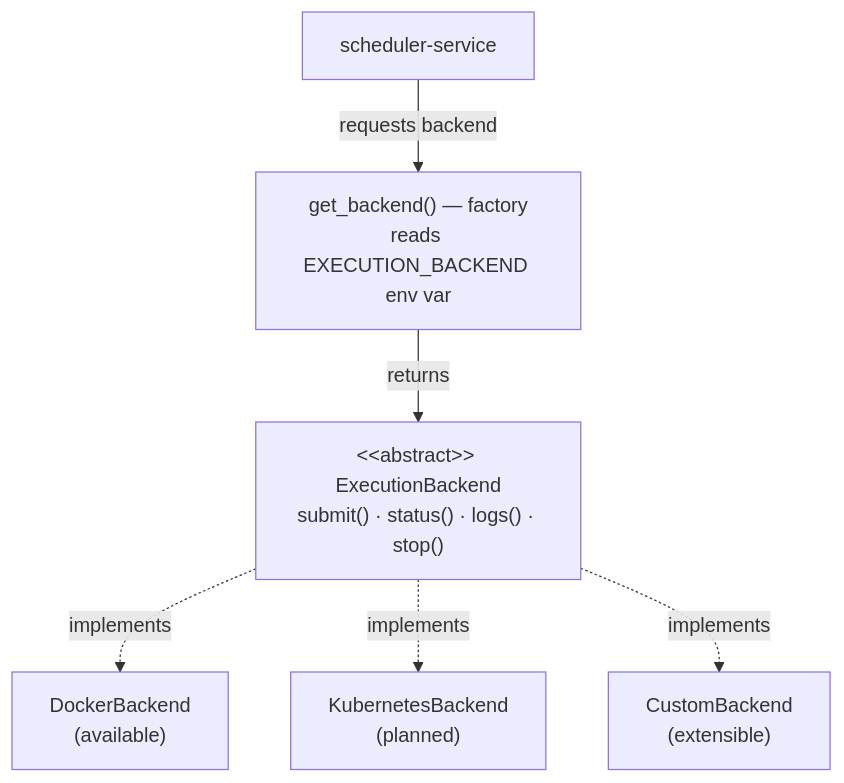
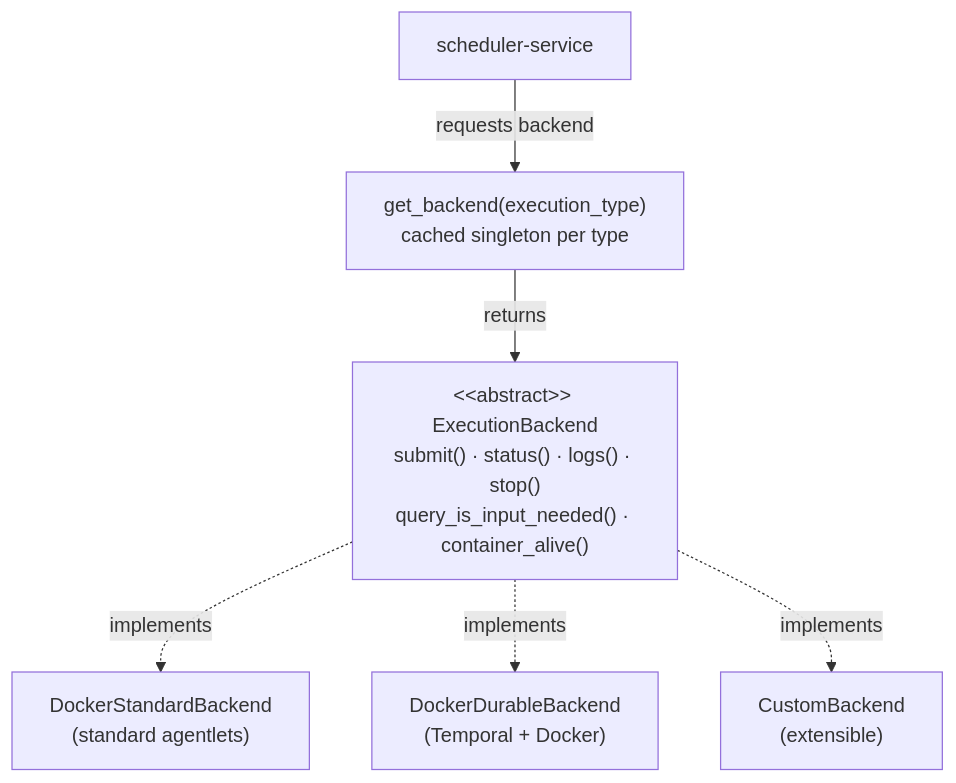
Before and after one commit to Synteles/synteles: the second of 2 diagrams in docs/architecture.md, drawn with Mermaid. The commit also changed other lines of this file and 90 other files, not shown here.

First line of the commit message:
feat: durable execution via Temporal — AgentWorkflow, HITL signal bridge, DB refactor (#43)

````diff
--- a/docs/architecture.md
+++ b/docs/architecture.md
@@ -102,16 +110,16 @@
 ```mermaid
 flowchart TB
     Scheduler["scheduler-service"]
-    Factory["get_backend() — factory\nreads EXECUTION_BACKEND env var"]
-    ABC["&lt;&lt;abstract&gt;&gt; ExecutionBackend\nsubmit() · status() · logs() · stop()"]
+    Factory["get_backend(execution_type)\ncached singleton per type"]
+    ABC["&lt;&lt;abstract&gt;&gt; ExecutionBackend\nsubmit() · status() · logs() · stop()\nquery_is_input_needed() · container_alive()"]
 
-    Docker["DockerBackend\n(available)"]
-    K8s["KubernetesBackend\n(planned)"]
+    Standard["DockerStandardBackend\n(standard agentlets)"]
+    Durable["DockerDurableBackend\n(Temporal + Docker)"]
     Custom["CustomBackend\n(extensible)"]
 
     Scheduler -->|"requests backend"| Factory
     Factory -->|"returns"| ABC
-    ABC -.->|"implements"| Docker
-    ABC -.->|"implements"| K8s
+    ABC -.->|"implements"| Standard
+    ABC -.->|"implements"| Durable
     ABC -.->|"implements"| Custom
 ```
````
